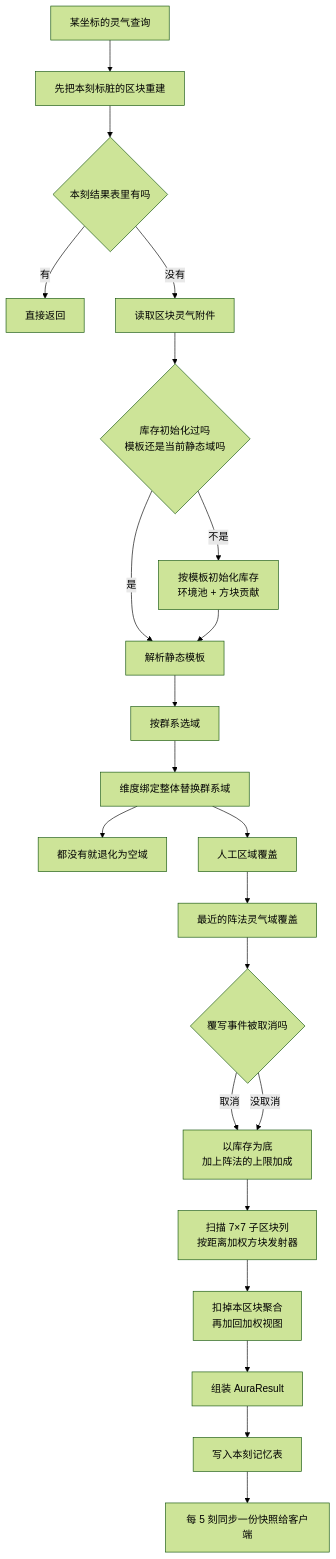
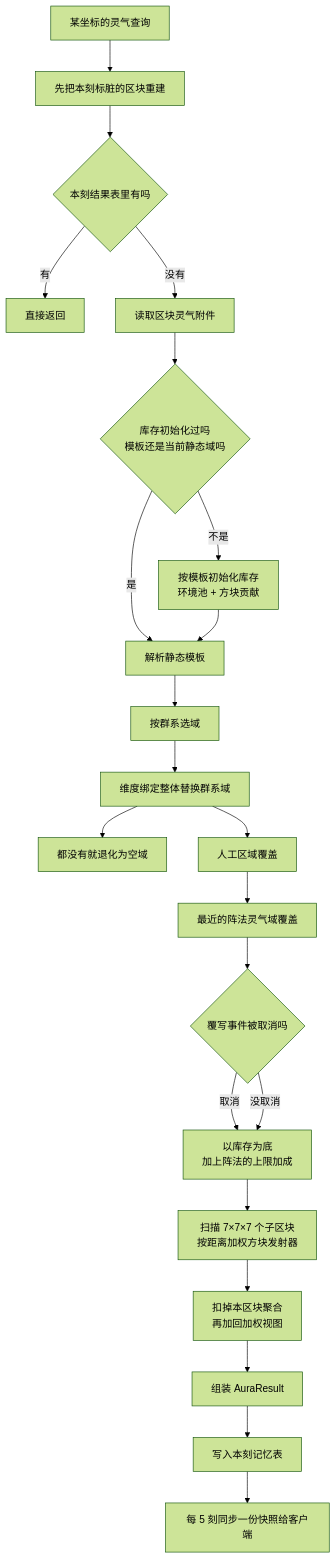
One commit to IAFEnvoy/mxt-docs changed the first of 3 diagrams in docs/technical/aura.md. Above: the diagram before and after it, drawn with Mermaid (forest theme). The commit also changed other lines of this file and 53 other files, not shown here.

````diff
--- a/docs/technical/aura.md
+++ b/docs/technical/aura.md
@@ -35,24 +35,24 @@
 ```mermaid
 flowchart TD
     Q["某坐标的灵气查询"] --> FLUSH["先把本刻标脏的区块重建"]
     FLUSH --> MEMO{"本刻结果表里有吗"}
     MEMO -->|有| DONE["直接返回"]
     MEMO -->|没有| CHUNK["读取区块灵气附件"]
     CHUNK --> NEED{"库存初始化过吗<br/>模板还是当前静态域吗"}
     NEED -->|不是| INIT["按模板初始化库存<br/>环境池 + 方块贡献"]
     NEED -->|是| ZONE
     INIT --> ZONE["解析静态模板"]
     ZONE --> BIOME["按群系选域"]
     BIOME --> DIM["维度绑定整体替换群系域"]
     DIM --> FALLBACK["都没有就退化为空域"]
     DIM --> CUSTOM["人工区域覆盖"]
     CUSTOM --> FORM["最近的阵法灵气域覆盖"]
     FORM --> EVENT{"覆写事件被取消吗"}
     EVENT -->|取消| POOLS
     EVENT -->|没取消| POOLS["以库存为底<br/>加上阵法的上限加成"]
-    POOLS --> BLOCK["扫描 7×7 子区块列<br/>按距离加权方块发射器"]
+    POOLS --> BLOCK["扫描 7×7×7 个子区块<br/>按距离加权方块发射器"]
     BLOCK --> MERGE["扣掉本区块聚合<br/>再加回加权视图"]
     MERGE --> RESULT["组装 AuraResult"]
     RESULT --> CACHE["写入本刻记忆表"]
     CACHE --> SYNC["每 5 刻同步一份快照给客户端"]
 ```
````
